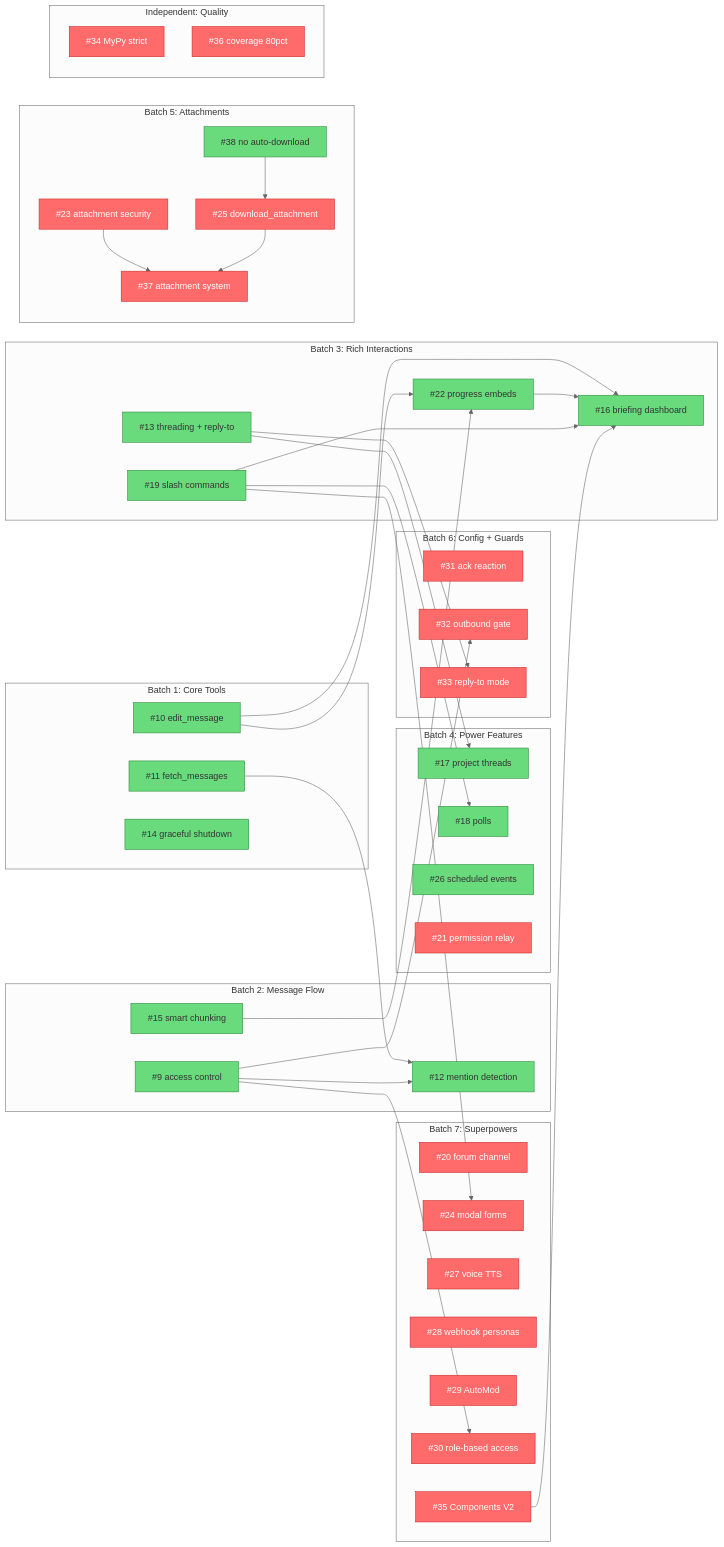
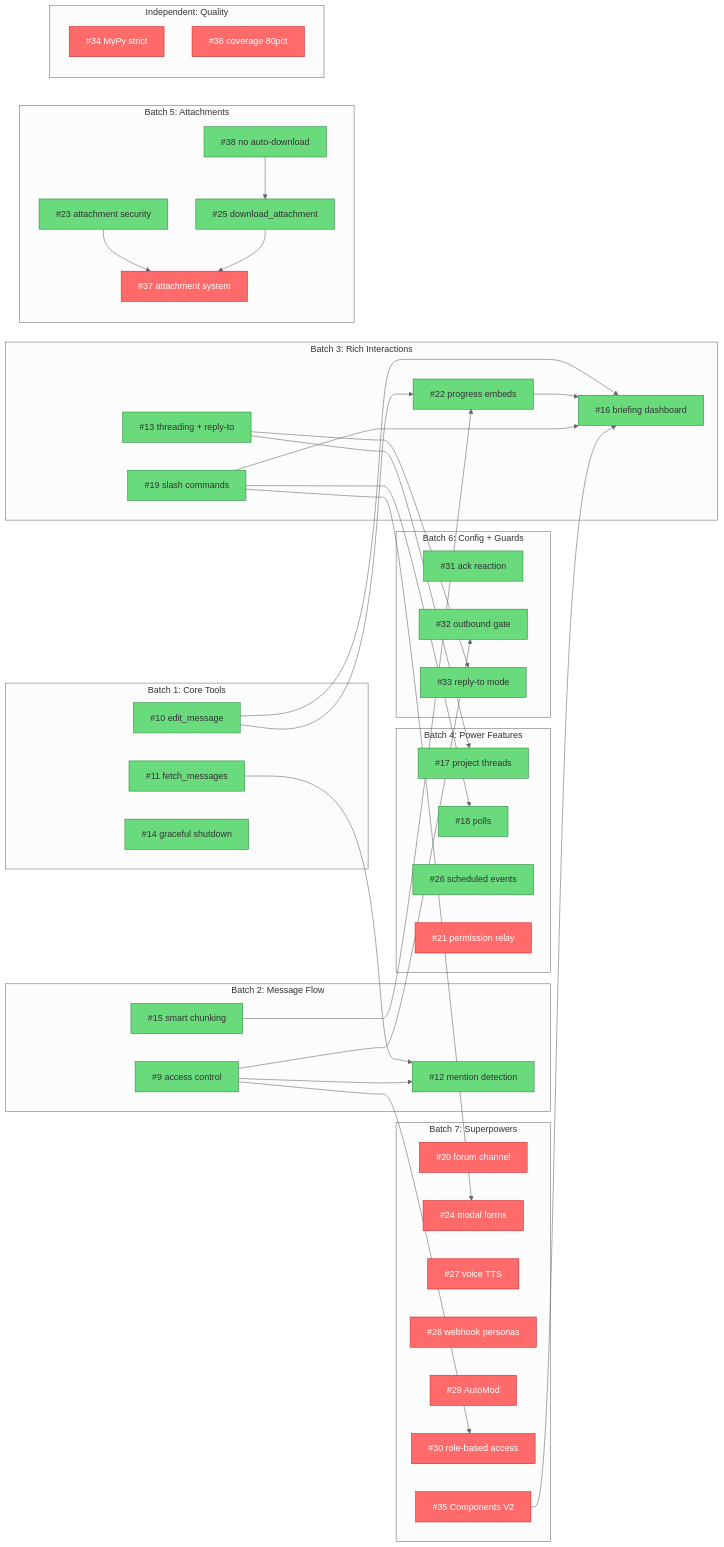
One commit to jeffrichley/pepper changed the diagram in docs/ROADMAP.md. Above: the diagram before and after it, drawn with Mermaid (neutral theme). The commit also changed other lines of this file, not shown here.

Commit message:
docs: mark batches 5+6 complete in roadmap

````diff
--- a/docs/ROADMAP.md
+++ b/docs/ROADMAP.md
@@ -7,79 +7,79 @@
 ```mermaid
 flowchart LR
     classDef notstarted fill:#ff6b6b,stroke:#c92a2a,color:#fff
     classDef inprogress fill:#ffd43b,stroke:#e67700,color:#333
     classDef done fill:#69db7c,stroke:#2b8a3e,color:#333
 
     subgraph B1["Batch 1: Core Tools"]
         I10["#10 edit_message"]:::done
         I11["#11 fetch_messages"]:::done
         I14["#14 graceful shutdown"]:::done
     end
 
     subgraph B2["Batch 2: Message Flow"]
         I9["#9 access control"]:::done
         I12["#12 mention detection"]:::done
         I15["#15 smart chunking"]:::done
     end
 
     subgraph B3["Batch 3: Rich Interactions"]
         I13["#13 threading + reply-to"]:::done
         I22["#22 progress embeds"]:::done
         I19["#19 slash commands"]:::done
         I16["#16 briefing dashboard"]:::done
     end
 
     subgraph B4["Batch 4: Power Features"]
         I17["#17 project threads"]:::done
         I18["#18 polls"]:::done
         I26["#26 scheduled events"]:::done
         I21["#21 permission relay"]:::notstarted
     end
 
     subgraph B5["Batch 5: Attachments"]
         I38["#38 no auto-download"]:::done
-        I23["#23 attachment security"]:::notstarted
-        I25["#25 download_attachment"]:::notstarted
+        I23["#23 attachment security"]:::done
+        I25["#25 download_attachment"]:::done
         I37["#37 attachment system"]:::notstarted
     end
 
     subgraph B6["Batch 6: Config + Guards"]
-        I31["#31 ack reaction"]:::notstarted
-        I32["#32 outbound gate"]:::notstarted
-        I33["#33 reply-to mode"]:::notstarted
+        I31["#31 ack reaction"]:::done
+        I32["#32 outbound gate"]:::done
+        I33["#33 reply-to mode"]:::done
     end
 
     subgraph B7["Batch 7: Superpowers"]
         I20["#20 forum channel"]:::notstarted
         I24["#24 modal forms"]:::notstarted
         I27["#27 voice TTS"]:::notstarted
         I28["#28 webhook personas"]:::notstarted
         I29["#29 AutoMod"]:::notstarted
         I30["#30 role-based access"]:::notstarted
         I35["#35 Components V2"]:::notstarted
     end
 
     subgraph BQ["Independent: Quality"]
         I34["#34 MyPy strict"]:::notstarted
         I36["#36 coverage 80pct"]:::notstarted
     end
 
     %% Dependencies (arrow = "must complete before")
     I10 --> I22
     I10 --> I16
     I11 --> I12
     I13 --> I17
     I13 --> I33
     I9 --> I12
     I9 --> I32
     I9 --> I30
     I22 --> I16
     I19 --> I16
     I15 --> I22
     I23 --> I37
     I25 --> I37
     I19 --> I18
     I19 --> I24
     I35 --> I16
     I38 --> I25
 ```
````
